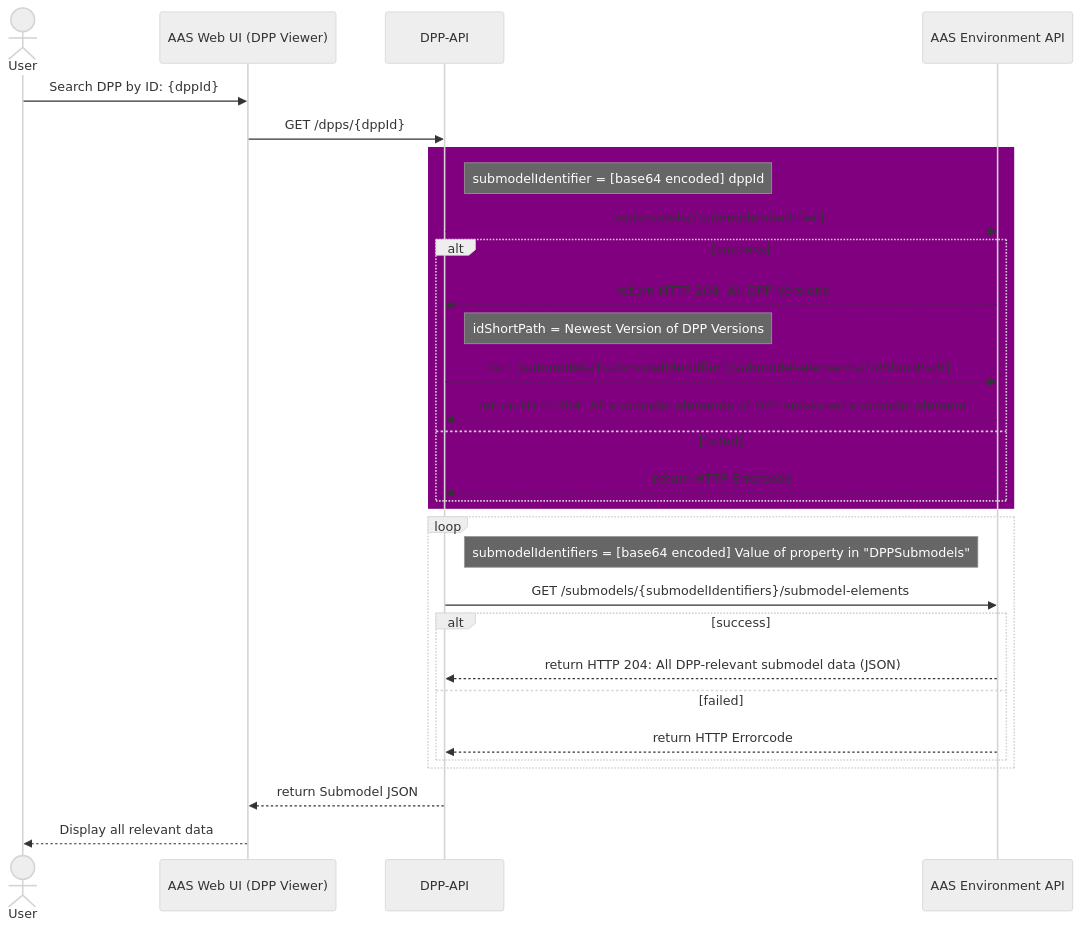
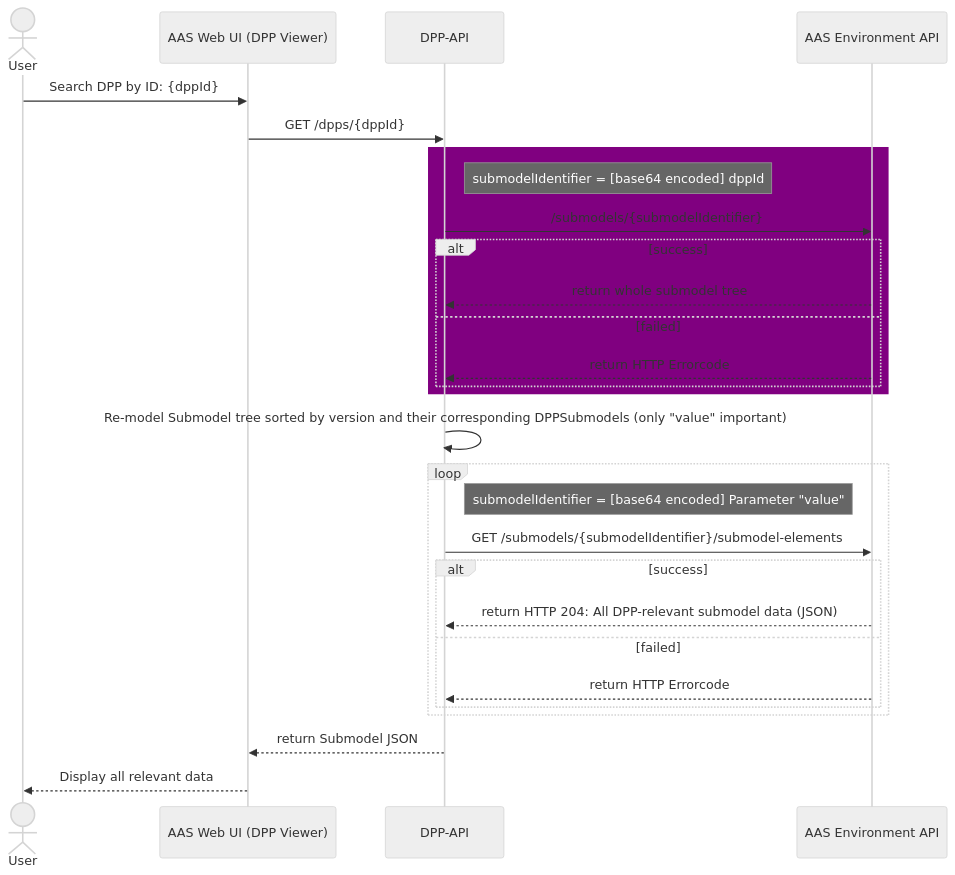
Before and after one commit to DHBW-TINF24F/Team6-BaSyx-DPP-API: the second of 8 diagrams in PROJECT/SAS/mapping.md, drawn with Mermaid (neutral theme). The commit also changed other lines of this file, not shown here.

Commit message:
changes to diagrams

````diff
--- a/PROJECT/SAS/mapping.md
+++ b/PROJECT/SAS/mapping.md
@@ -63,36 +65,35 @@
 ```mermaid
 sequenceDiagram
   actor User
   participant Web as AAS Web UI (DPP Viewer)
   participant API as DPP-API
   participant Env as AAS Environment API
 
   User->>Web: Search DPP by ID: {dppId}
   Web->>API: GET /dpps/{dppId}
 
   rect purple
     Note right of API: submodelIdentifier = [base64 encoded] dppId
     API->>Env: /submodels/{submodelIdentifier}
     alt success
-        Env-->>API: return HTTP 204: All DPP Versions
-        Note right of API: idShortPath = Newest Version of DPP Versions
-        API->>Env: GET /submodels/{submodelIdentifier}/submodel-elements/{idShortPath}
-        Env-->>API: return HTTP 204: All submodel elements of DPP versioned submodel element
+        Env-->>API: return whole submodel tree
     else failed
         Env-->>API: return HTTP Errorcode
     end
   end
 
+  API->>API: Re-model Submodel tree sorted by version and their corresponding DPPSubmodels (only "value" important)
+
   loop
-  Note right of API: submodelIdentifiers = [base64 encoded] Value of property in "DPPSubmodels"
-    API->>Env: GET /submodels/{submodelIdentifiers}/submodel-elements
+  Note right of API: submodelIdentifier = [base64 encoded] Parameter "value"
+    API->>Env: GET /submodels/{submodelIdentifier}/submodel-elements
     alt success
       Env-->>API: return HTTP 204: All DPP-relevant submodel data (JSON)
     else failed
       Env-->>API: return HTTP Errorcode
     end
   end
 
   API-->>Web: return Submodel JSON
   Web-->>User: Display all relevant data
 ```
````
